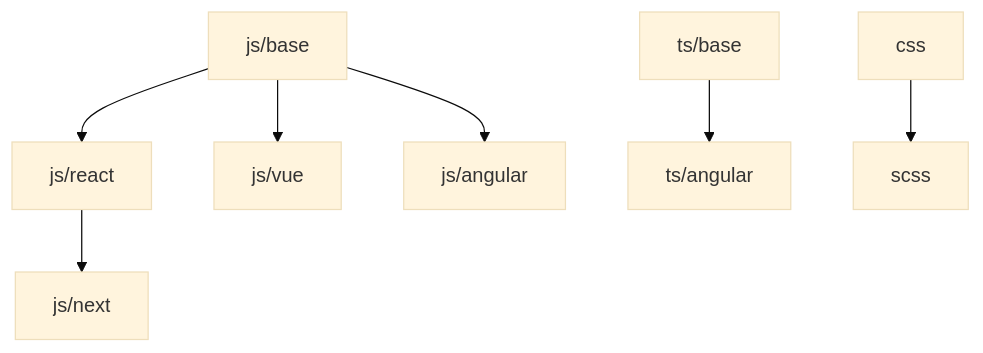
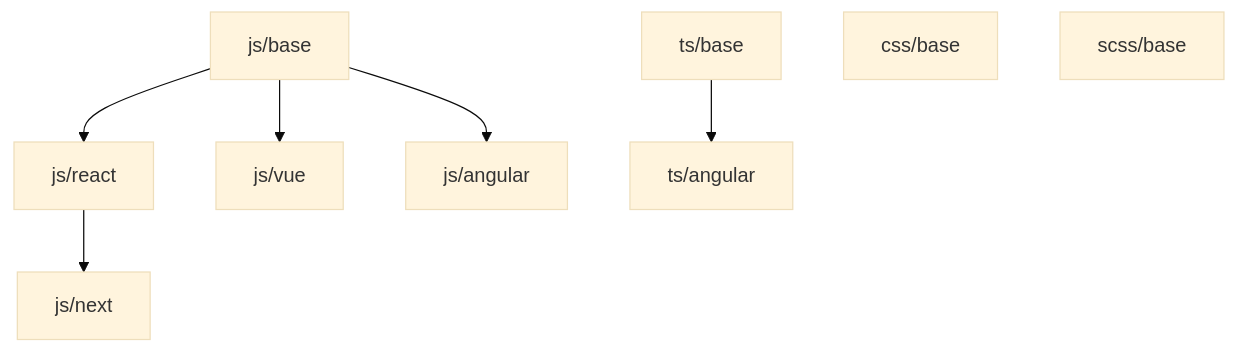
The diagram in README.md (MAARK/code-config), drawn with Mermaid before and after one commit. The commit also changed other lines of this file and 7 other files, not shown here.

Commit message:
Add css/base configuration

````diff
--- a/README.md
+++ b/README.md
@@ -44,10 +55,11 @@
 ```mermaid
 %%{init: {'theme':'base'}}%%
 graph TD
     A[js/base] --> B[js/react]
     A --> js/vue
     A --> js/angular
     B --> js/next
     ts/base --> ts/angular
-    css --> scss
+    css/base
+    scss/base
 ```
````
